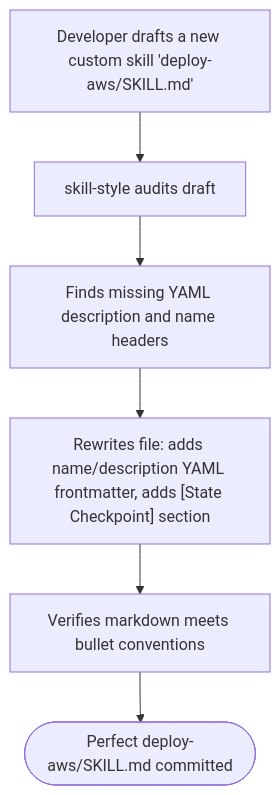
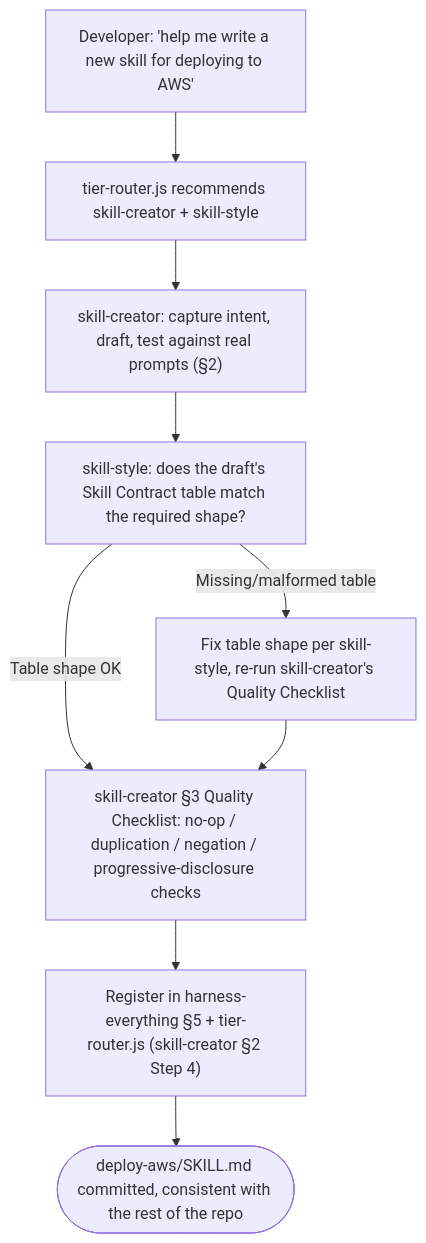
One commit to dyphn1/Harness-everything changed the third of 3 diagrams in docs/workflows/skill-style.md. Above: the diagram before and after it, drawn with Mermaid. The commit also changed other lines of this file and 17 other files, not shown here.

First line of the commit message:
feat(skills): add skill-creator, audit skill quality, and fix cross-file duplication

````diff
--- a/docs/workflows/skill-style.md
+++ b/docs/workflows/skill-style.md
@@ -43,8 +44,11 @@
 ```mermaid
 graph TD
-  Start["Developer drafts a new custom skill 'deploy-aws/SKILL.md'"] --> Trigger["skill-style audits draft"]
-  Trigger --> CheckFrontmatter["Finds missing YAML description and name headers"]
-  CheckFrontmatter --> Refactor["Rewrites file: adds name/description YAML frontmatter, adds [State Checkpoint] section"]
-  Refactor --> FormatCheck["Verifies markdown meets bullet conventions"]
-  FormatCheck --> Done([Perfect deploy-aws/SKILL.md committed])
+  Start["Developer: 'help me write a new skill for deploying to AWS'"] --> Router["tier-router.js recommends skill-creator + skill-style"]
+  Router --> Creator["skill-creator: capture intent, draft, test against real prompts (§2)"]
+  Creator --> StyleCheck["skill-style: does the draft's Skill Contract table match the required shape?"]
+  StyleCheck -->|Missing/malformed table| Fix["Fix table shape per skill-style, re-run skill-creator's Quality Checklist"]
+  StyleCheck -->|Table shape OK| Checklist["skill-creator §3 Quality Checklist: no-op / duplication / negation / progressive-disclosure checks"]
+  Fix --> Checklist
+  Checklist --> Register["Register in harness-everything §5 + tier-router.js (skill-creator §2 Step 4)"]
+  Register --> Done([deploy-aws/SKILL.md committed, consistent with the rest of the repo])
 ```
````
